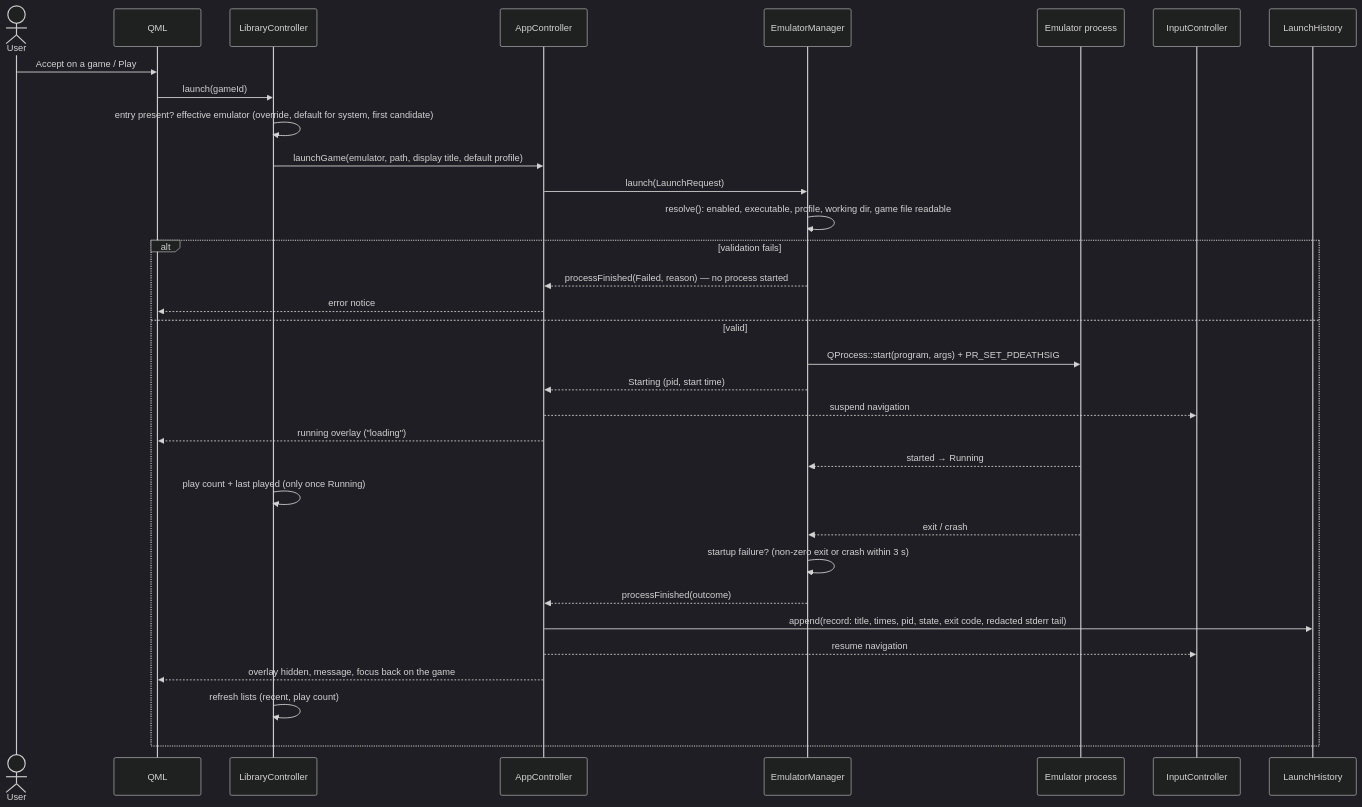
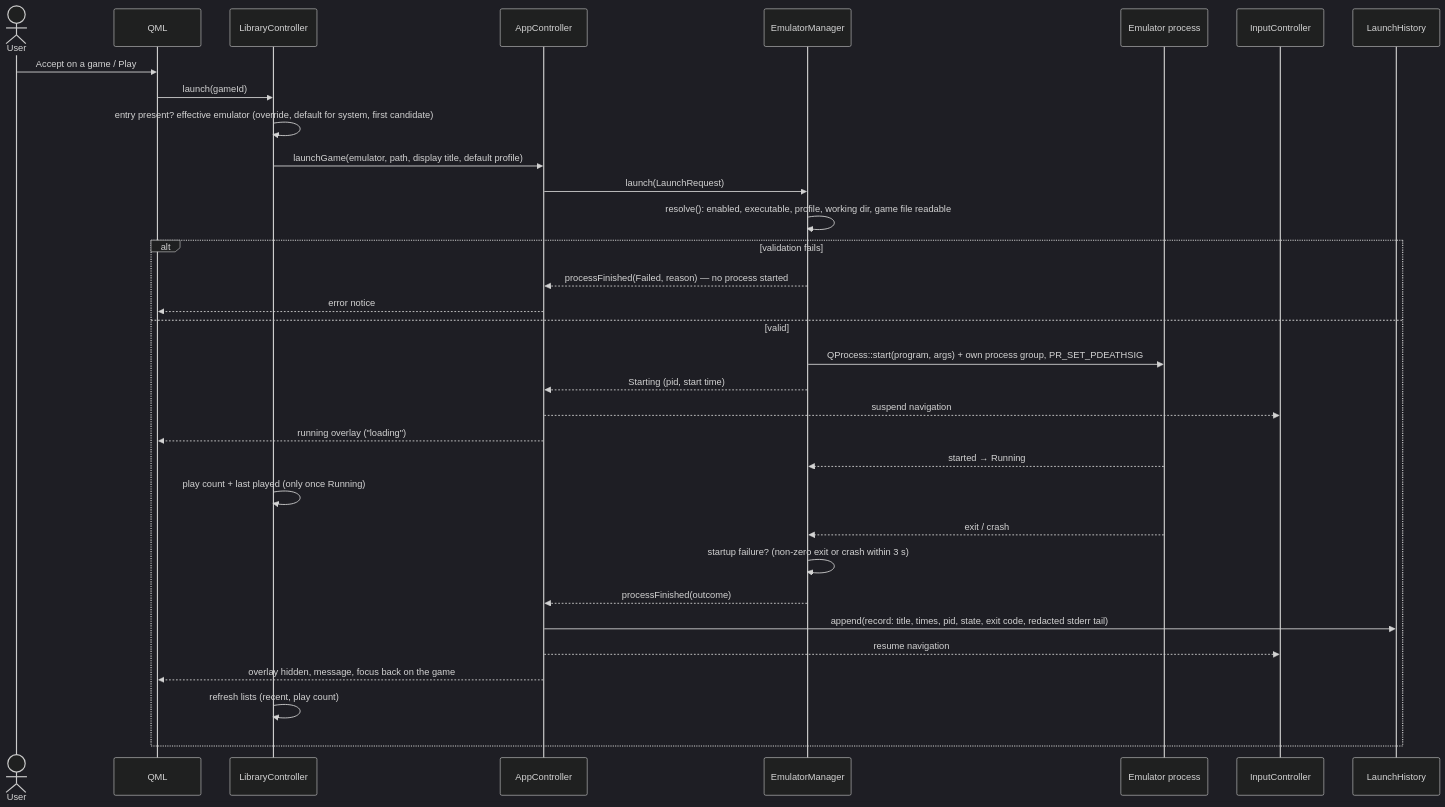
One commit to szebasztianmarton/Nexora-OS changed the diagram in docs/emulator-integration.md. Above: the diagram before and after it, drawn with Mermaid (dark theme). The commit also changed other lines of this file and 17 other files, not shown here.

````diff
--- a/docs/emulator-integration.md
+++ b/docs/emulator-integration.md
@@ -86,36 +86,36 @@
 ```mermaid
 sequenceDiagram
     actor User
     participant QML
     participant LC as LibraryController
     participant AC as AppController
     participant EM as EmulatorManager
     participant P as Emulator process
     participant IC as InputController
     participant H as LaunchHistory
 
     User->>QML: Accept on a game / Play
     QML->>LC: launch(gameId)
     LC->>LC: entry present? effective emulator (override, default for system, first candidate)
     LC->>AC: launchGame(emulator, path, display title, default profile)
     AC->>EM: launch(LaunchRequest)
     EM->>EM: resolve(): enabled, executable, profile, working dir, game file readable
     alt validation fails
         EM-->>AC: processFinished(Failed, reason) — no process started
         AC-->>QML: error notice
     else valid
-        EM->>P: QProcess::start(program, args) + PR_SET_PDEATHSIG
+        EM->>P: QProcess::start(program, args) + own process group, PR_SET_PDEATHSIG
         EM-->>AC: Starting (pid, start time)
         AC-->>IC: suspend navigation
         AC-->>QML: running overlay ("loading")
         P-->>EM: started → Running
         LC->>LC: play count + last played (only once Running)
         P-->>EM: exit / crash
         EM->>EM: startup failure? (non-zero exit or crash within 3 s)
         EM-->>AC: processFinished(outcome)
         AC->>H: append(record: title, times, pid, state, exit code, redacted stderr tail)
         AC-->>IC: resume navigation
         AC-->>QML: overlay hidden, message, focus back on the game
         LC->>LC: refresh lists (recent, play count)
     end
 ```
````
